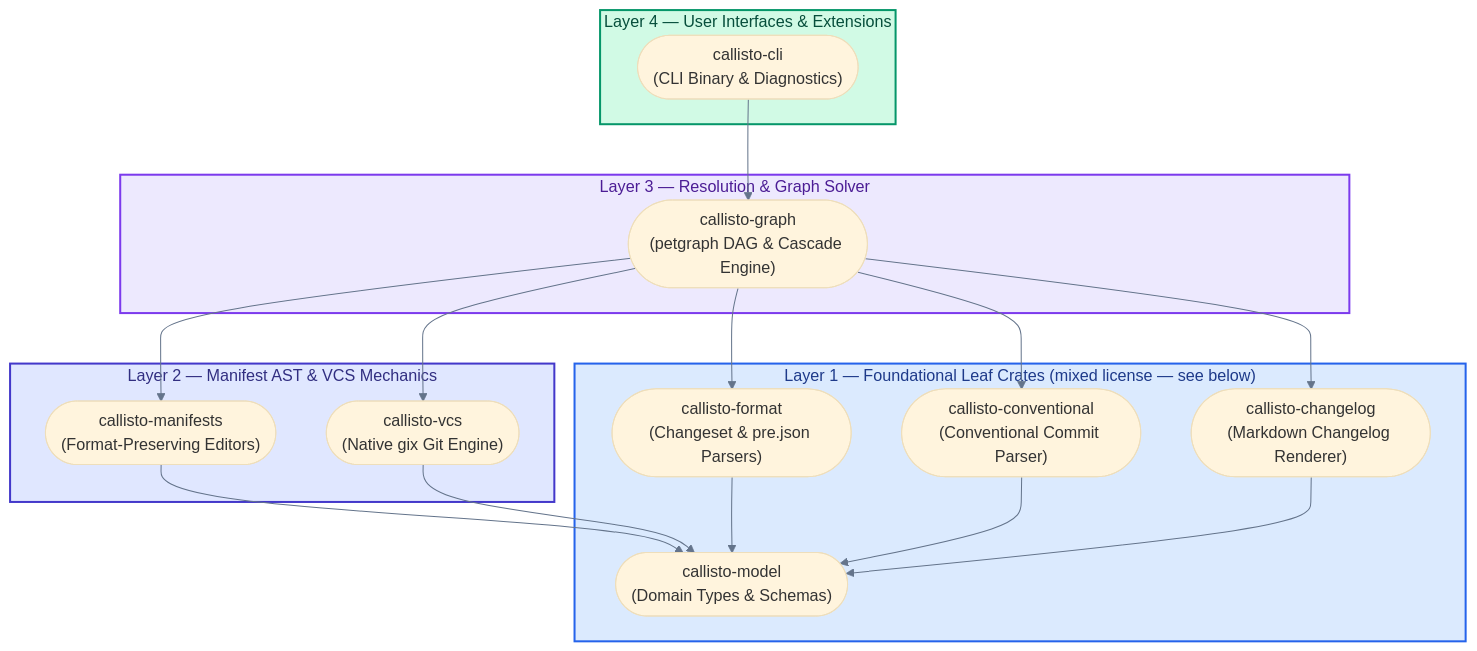
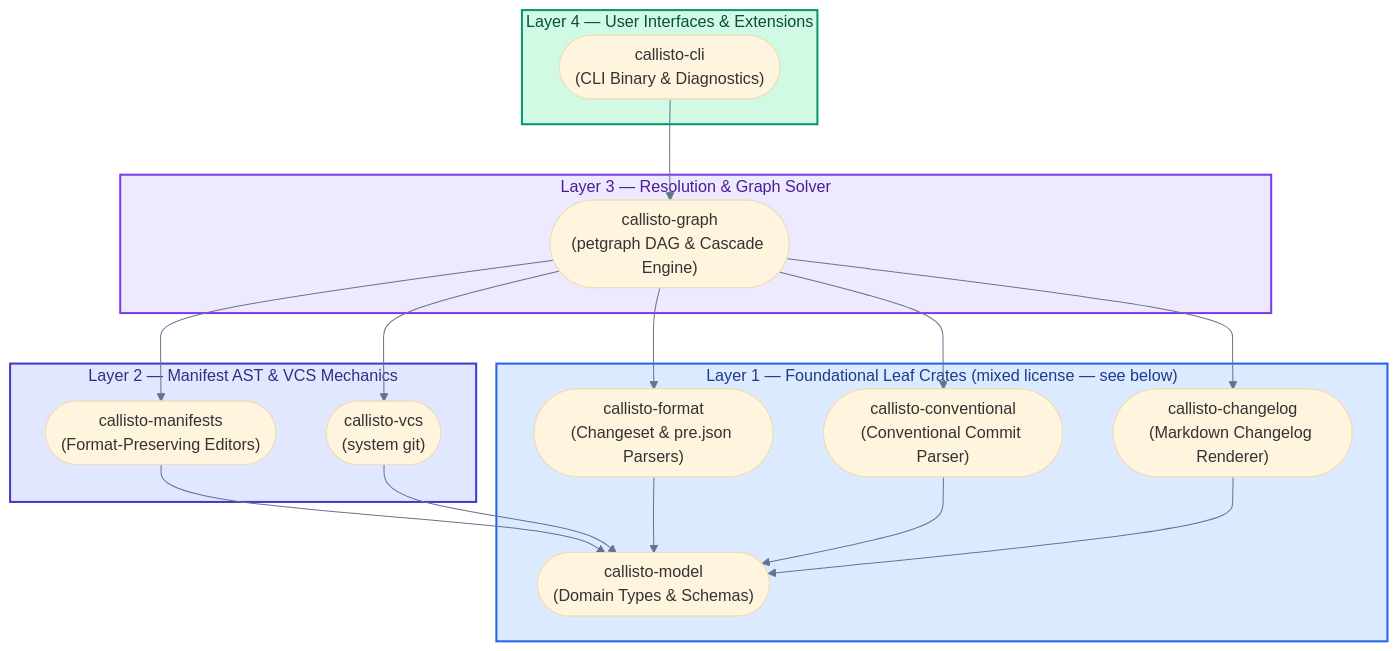
The second of 4 diagrams in ARCHITECTURE.md (orin-dx/callisto), drawn with Mermaid before and after one commit. The commit also changed other lines of this file and 35 other files, not shown here.

First line of the commit message:
refactor(vcs)!: drop gix; run all Git through the system binary (#145)

````diff
--- a/ARCHITECTURE.md
+++ b/ARCHITECTURE.md
@@ -73,40 +73,40 @@
 ```mermaid
 %%{init: {'theme': 'base', 'themeVariables': {'lineColor': '#64748b', 'edgeLabelBackground': '#f8fafc', 'fontFamily': 'ui-sans-serif, system-ui, sans-serif'}}}%%
 flowchart TB
     subgraph Layer4 ["Layer 4 — User Interfaces & Extensions"]
         CLI(["callisto-cli<br/>(CLI Binary & Diagnostics)"])
     end
 
     subgraph Layer3 ["Layer 3 — Resolution & Graph Solver"]
         Graph(["callisto-graph<br/>(petgraph DAG & Cascade Engine)"])
     end
 
     subgraph Layer2 ["Layer 2 — Manifest AST & VCS Mechanics"]
         Manifests(["callisto-manifests<br/>(Format-Preserving Editors)"])
-        VCS(["callisto-vcs<br/>(Native gix Git Engine)"])
+        VCS(["callisto-vcs<br/>(system git)"])
     end
 
     subgraph Layer1 ["Layer 1 — Foundational Leaf Crates (mixed license — see below)"]
         Model(["callisto-model<br/>(Domain Types & Schemas)"])
         Format(["callisto-format<br/>(Changeset & pre.json Parsers)"])
         Conventional(["callisto-conventional<br/>(Conventional Commit Parser)"])
         Changelog(["callisto-changelog<br/>(Markdown Changelog Renderer)"])
     end
 
     CLI --> Graph
     Graph --> Manifests
     Graph --> VCS
     Graph --> Format
     Graph --> Conventional
     Graph --> Changelog
     Manifests --> Model
     VCS --> Model
     Format --> Model
     Conventional --> Model
     Changelog --> Model
 
     style Layer4 fill:#d1fae5,stroke:#059669,stroke-width:2px,color:#064e3b
     style Layer3 fill:#ede9fe,stroke:#7c3aed,stroke-width:2px,color:#4c1d95
     style Layer2 fill:#e0e7ff,stroke:#4338ca,stroke-width:2px,color:#312e81
     style Layer1 fill:#dbeafe,stroke:#2563eb,stroke-width:2px,color:#1e3a8a
 ```
````
